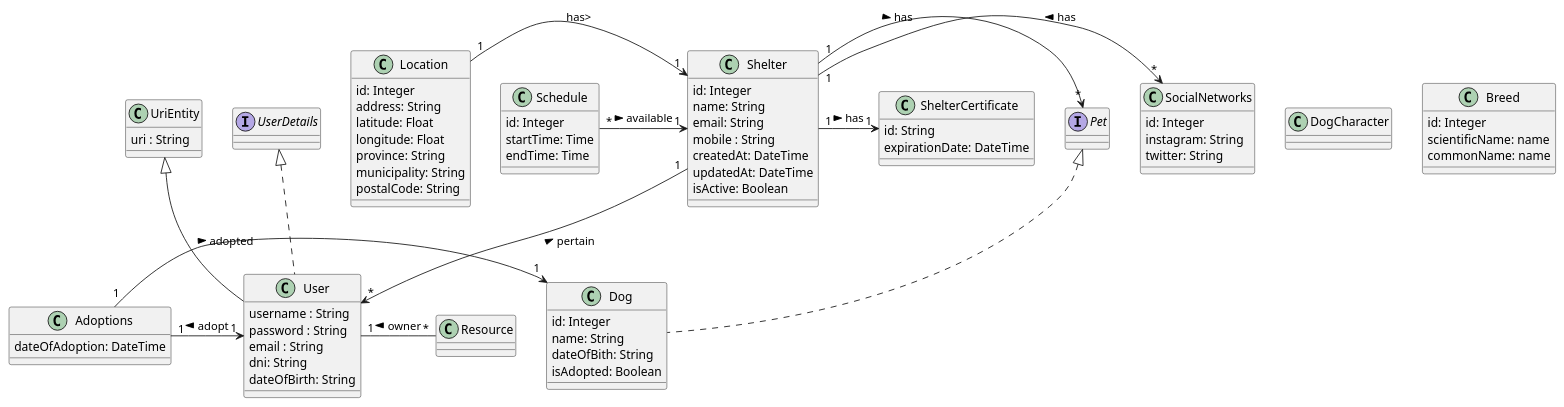
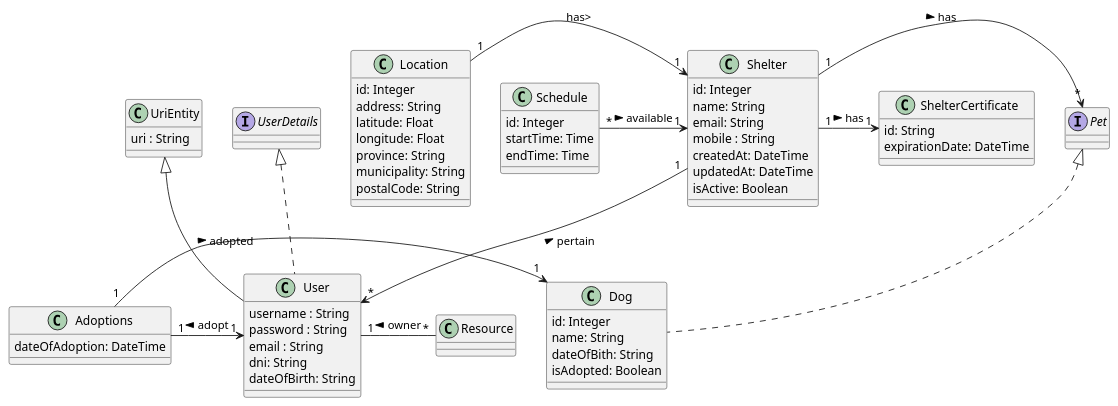
The diagram in EntitiesModel.puml (UdL-EPS-SoftArch/mypets-geiade-api), drawn with PlantUML before and after one commit.

Commit message:
UML model simplified (because we are only 7 people)

```diff
--- a/EntitiesModel.puml
+++ b/EntitiesModel.puml
@@ -1,85 +1,67 @@
 @startuml
 class User extends UriEntity implements UserDetails {
   username : String
   password : String
   email : String
   dni: String
   dateOfBirth: String
 }
 
 
 class UriEntity {
   uri : String
 }
 
 class Dog implements Pet {
   id: Integer
   name: String
   dateOfBith: String
   isAdopted: Boolean
 }
 
 class Shelter {
   id: Integer
   name: String
   email: String
   mobile : String
   createdAt: DateTime
   updatedAt: DateTime
   isActive: Boolean
 }
 
 class Location {
  id: Integer
  address: String
  latitude: Float
  longitude: Float
  province: String
  municipality: String
  postalCode: String
 }
 
 class ShelterCertificate {
   id: String
   expirationDate: DateTime
 }
 
-class SocialNetworks {
-  id: Integer
-  instagram: String
-  twitter: String
-}
-
 class Schedule {
     id: Integer
     startTime: Time
     endTime: Time
 }
 
 class Adoptions {
     dateOfAdoption: DateTime
 }
 
-class DogCharacter{
-
-}
-
-class Breed{
- id: Integer
- scientificName: name
- commonName: name
-}
-
-
 
 User "1" --right-- "*" Resource : owner <
 Location "1" -> "1" Shelter : has>
 Shelter "1" -> "*" User : < pertain
-Shelter "1" -> "*" SocialNetworks : < has
 Shelter "1" -> "*" Pet : has >
 Shelter "1" -> "1" ShelterCertificate : has >
 Schedule "*" -> "1" Shelter :available >
 
 Adoptions "1" -> "1" Dog :adopted >
 Adoptions "1" -> "1" User :adopt <
 @enduml
```
